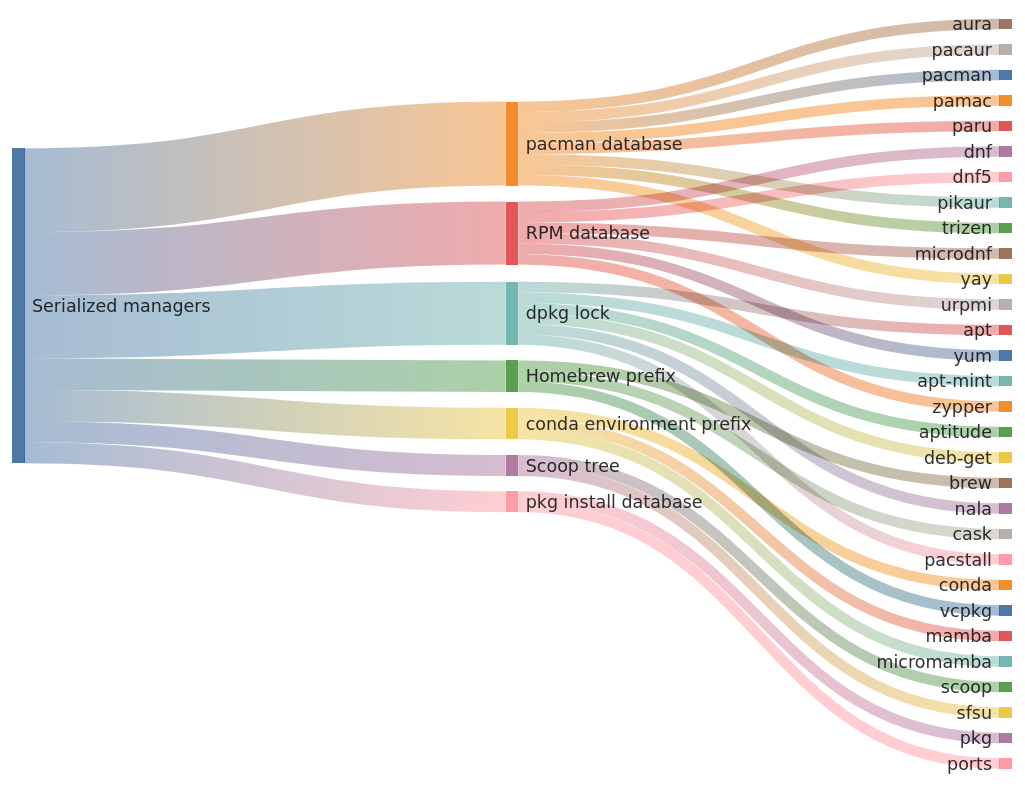
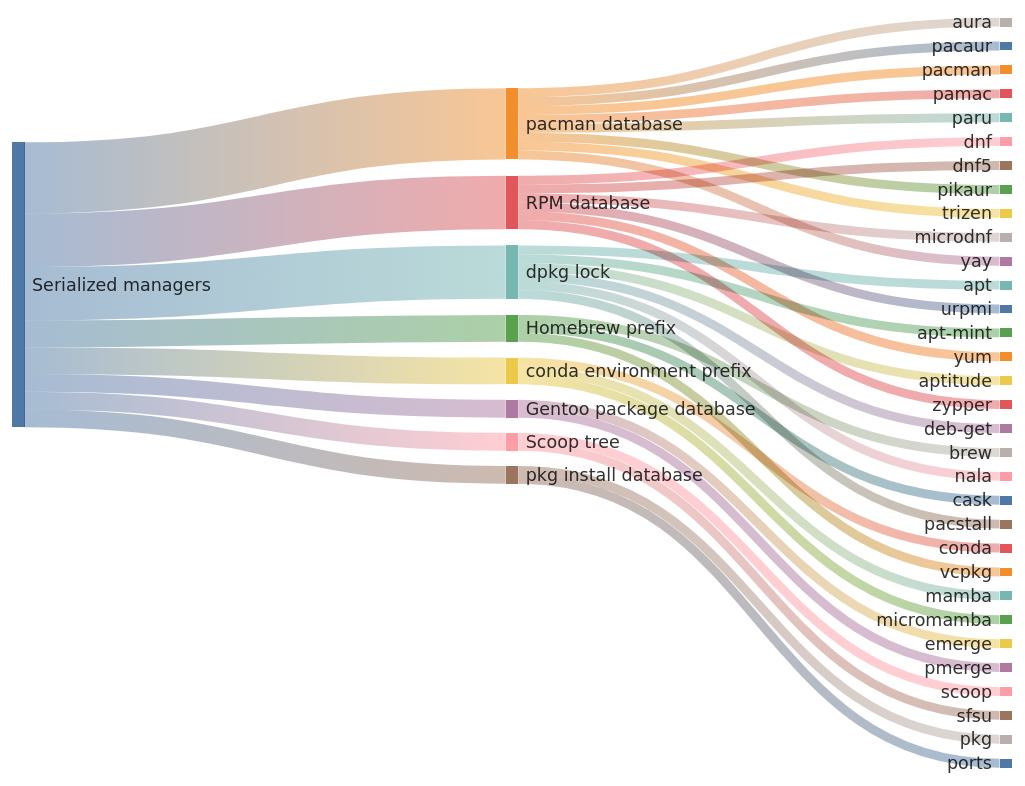
One commit to kdeldycke/meta-package-manager changed the diagram in docs/concurrency.md. Above: the diagram before and after it, drawn with Mermaid. The commit also changed other lines of this file and 92 other files, not shown here.

````diff
--- a/docs/concurrency.md
+++ b/docs/concurrency.md
@@ -70,44 +70,47 @@
 ```mermaid
 ---
 config: {"sankey": {"showValues": false, "width": 800, "height": 600}}
 ---
 sankey-beta
 
 Serialized managers,pacman database,8
 Serialized managers,RPM database,6
 Serialized managers,dpkg lock,6
 Serialized managers,Homebrew prefix,3
 Serialized managers,conda environment prefix,3
+Serialized managers,Gentoo package database,2
 Serialized managers,Scoop tree,2
 Serialized managers,pkg install database,2
 pacman database,aura,1
 pacman database,pacaur,1
 pacman database,pacman,1
 pacman database,pamac,1
 pacman database,paru,1
 pacman database,pikaur,1
 pacman database,trizen,1
 pacman database,yay,1
 RPM database,dnf,1
 RPM database,dnf5,1
 RPM database,microdnf,1
 RPM database,urpmi,1
 RPM database,yum,1
 RPM database,zypper,1
 dpkg lock,apt,1
 dpkg lock,apt-mint,1
 dpkg lock,aptitude,1
 dpkg lock,deb-get,1
 dpkg lock,nala,1
 dpkg lock,pacstall,1
 Homebrew prefix,brew,1
 Homebrew prefix,cask,1
 Homebrew prefix,vcpkg,1
 conda environment prefix,conda,1
 conda environment prefix,mamba,1
 conda environment prefix,micromamba,1
+Gentoo package database,emerge,1
+Gentoo package database,pmerge,1
 Scoop tree,scoop,1
 Scoop tree,sfsu,1
 pkg install database,pkg,1
 pkg install database,ports,1
 ```
````
